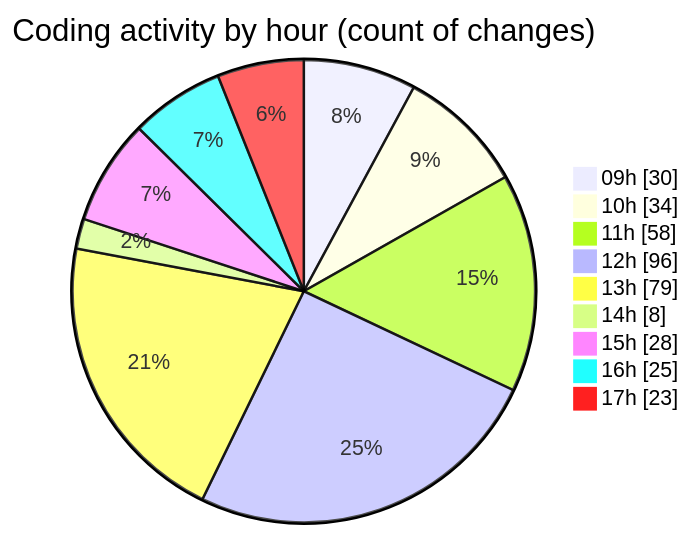
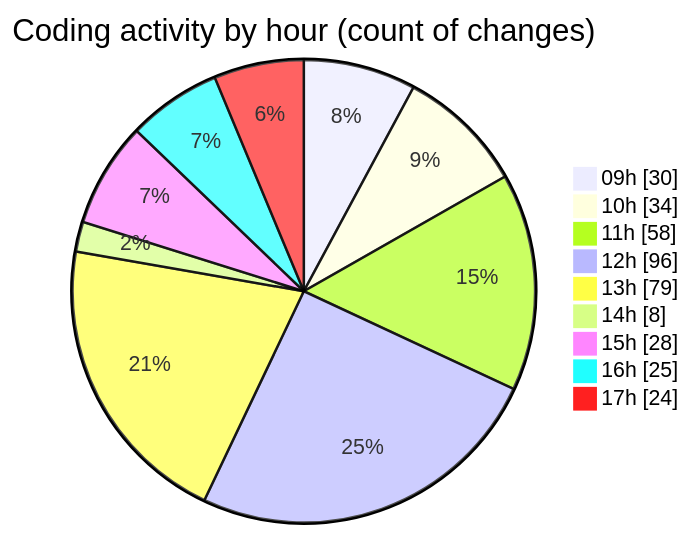
One commit to momahboobian/code-tracking changed the second of 2 diagrams in 2025-04-02/cda/README.md. Above: the diagram before and after it, drawn with Mermaid. The commit also changed other lines of this file and 1 other file, not shown here.

````diff
--- a/2025-04-02/cda/README.md
+++ b/2025-04-02/cda/README.md
@@ -40,13 +40,13 @@
 ```mermaid
 pie showData
 title Coding activity by hour (count of changes)
 "09h" : 30
 "10h" : 34
 "11h" : 58
 "12h" : 96
 "13h" : 79
 "14h" : 8
 "15h" : 28
 "16h" : 25
-"17h" : 23
+"17h" : 24
 ```
````
